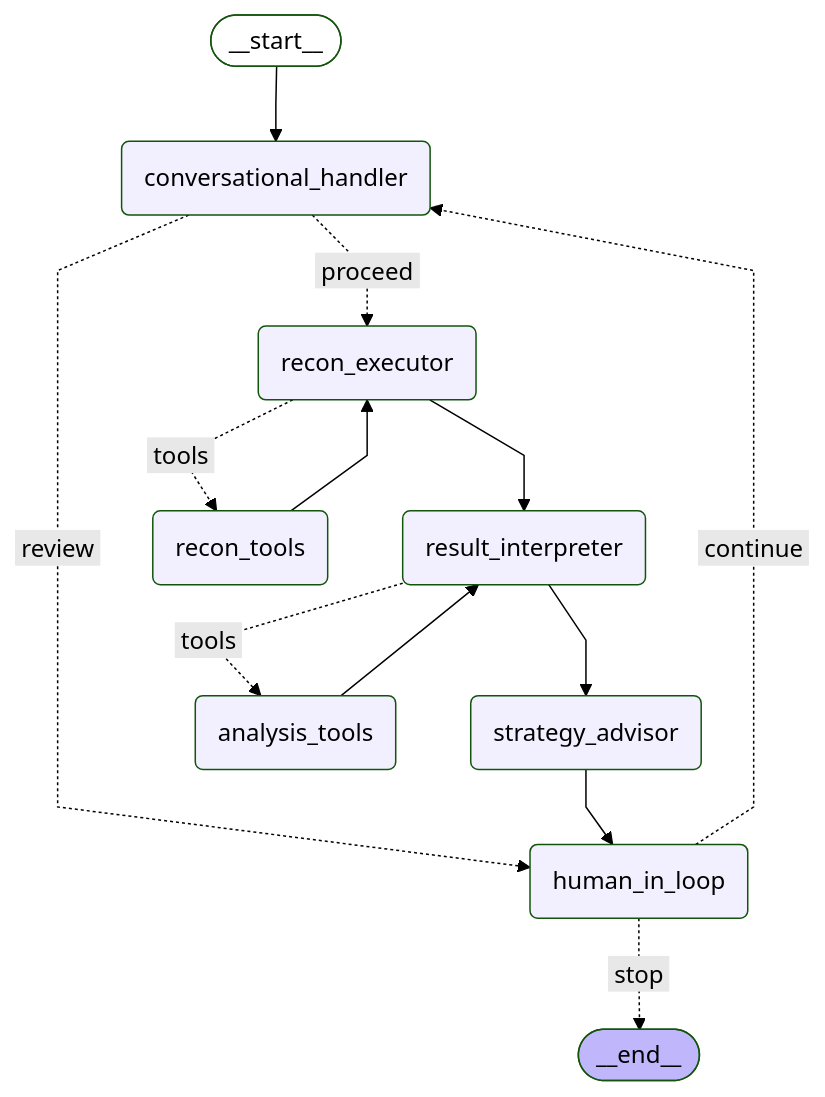
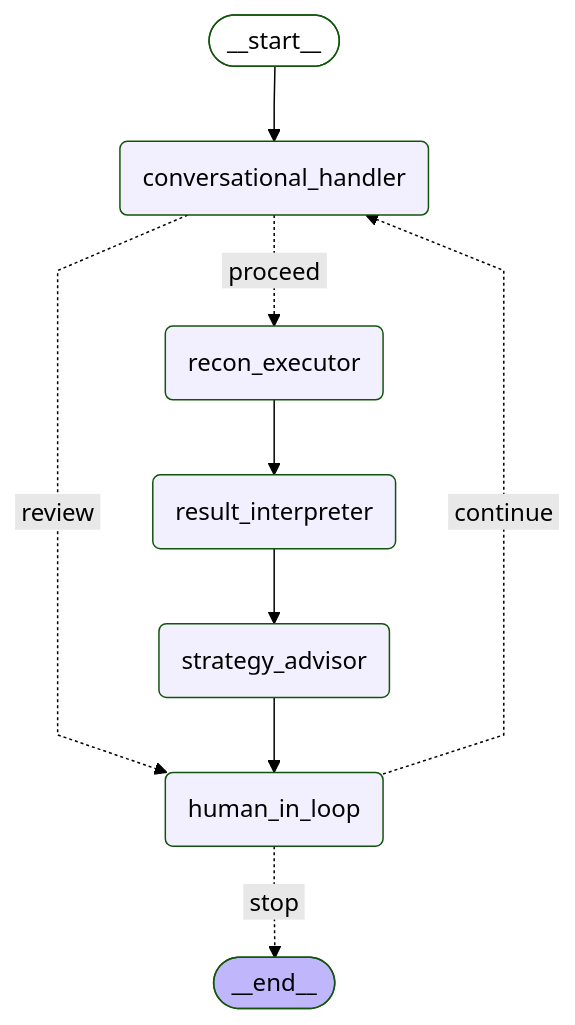
The diagram in outputs/graph.mmd (vksundararajan/AdaptiveFuzz), drawn with Mermaid (forest theme) before and after one commit. The commit also changed 11 other files, not shown here.

Commit message:
[CHANGE] Remove unused recon and analysis tools from architecture diagram

```diff
--- a/outputs/graph.mmd
+++ b/outputs/graph.mmd
@@ -1,30 +1,24 @@
 ---
 config:
   flowchart:
     curve: linear
 ---
 graph TD;
 	__start__([<p>__start__</p>]):::first
 	conversational_handler(conversational_handler)
 	recon_executor(recon_executor)
 	result_interpreter(result_interpreter)
 	strategy_advisor(strategy_advisor)
 	human_in_loop(human_in_loop)
-	recon_tools(recon_tools)
-	analysis_tools(analysis_tools)
 	__end__([<p>__end__</p>]):::last
 	__start__ --> conversational_handler;
-	analysis_tools --> result_interpreter;
 	conversational_handler -. &nbsp;review&nbsp; .-> human_in_loop;
 	conversational_handler -. &nbsp;proceed&nbsp; .-> recon_executor;
 	human_in_loop -. &nbsp;stop&nbsp; .-> __end__;
 	human_in_loop -. &nbsp;continue&nbsp; .-> conversational_handler;
-	recon_executor -. &nbsp;tools&nbsp; .-> recon_tools;
 	recon_executor --> result_interpreter;
-	recon_tools --> recon_executor;
-	result_interpreter -. &nbsp;tools&nbsp; .-> analysis_tools;
 	result_interpreter --> strategy_advisor;
 	strategy_advisor --> human_in_loop;
 	classDef default fill:#f2f0ff,line-height:1.2
 	classDef first fill-opacity:0
 	classDef last fill:#bfb6fc
```
